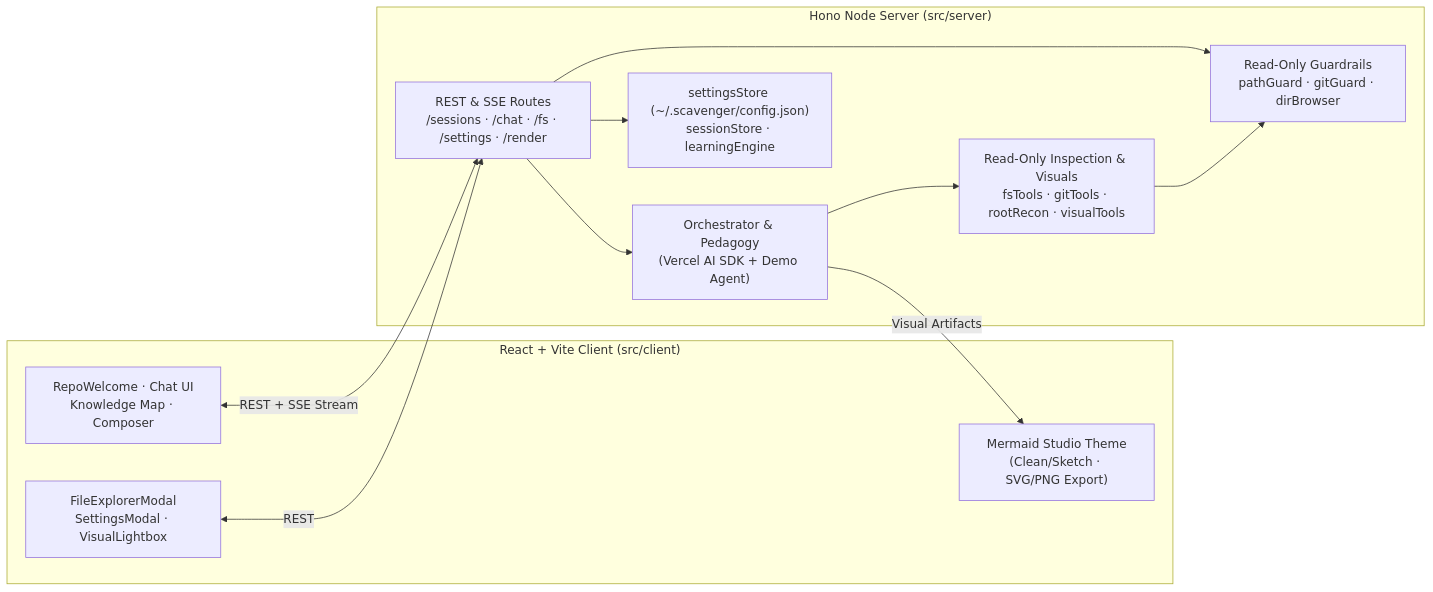
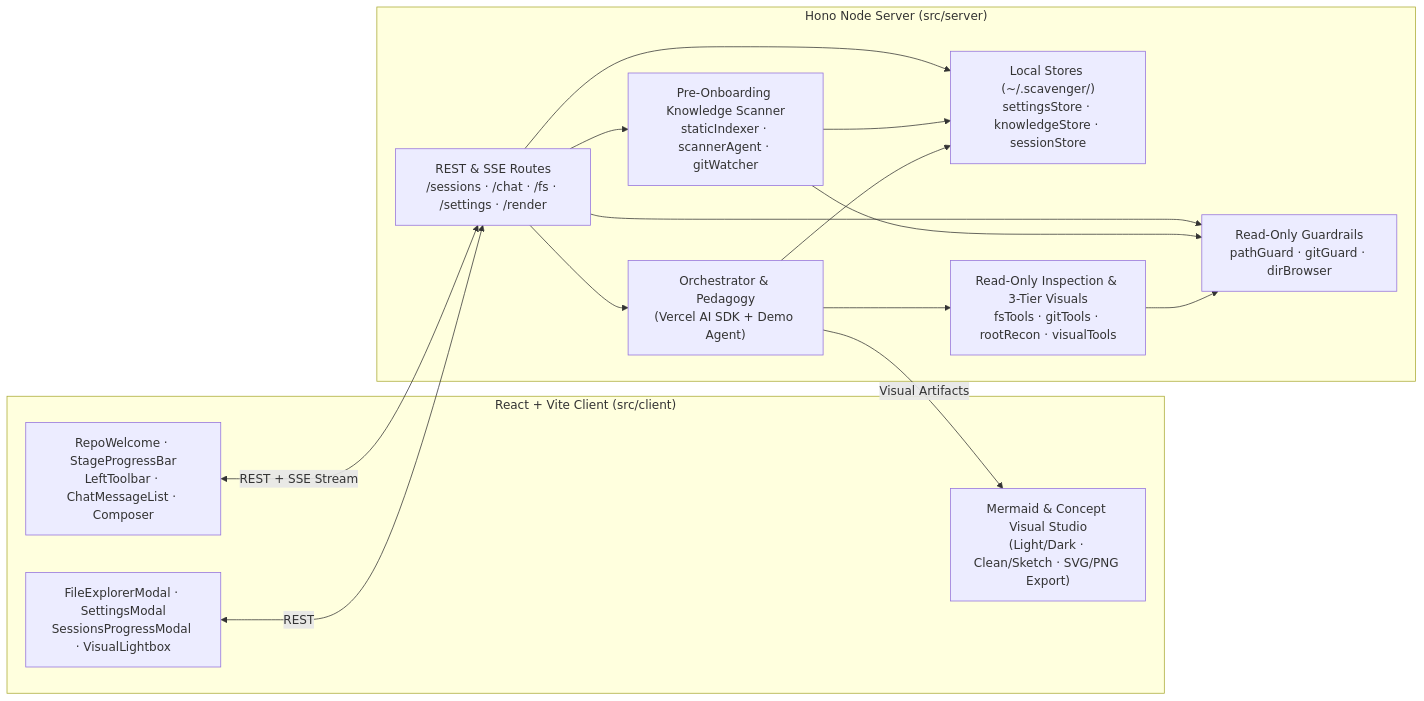
The diagram in README.md (marcopt74/scavenger), drawn with Mermaid before and after one commit. The commit also changed other lines of this file, not shown here.

Commit message:
docs: update README with left toolbar, session persistence, themes, and 3-tier visuals

````diff
--- a/README.md
+++ b/README.md
@@ -154,25 +166,30 @@
 ```mermaid
 flowchart LR
   subgraph Client["React + Vite Client (src/client)"]
-    UI["RepoWelcome · Chat UI\nKnowledge Map · Composer"]
-    Modals["FileExplorerModal\nSettingsModal · VisualLightbox"]
-    Mermaid["Mermaid Studio Theme\n(Clean/Sketch · SVG/PNG Export)"]
+    UI["RepoWelcome · StageProgressBar\nLeftToolbar · ChatMessageList · Composer"]
+    Modals["FileExplorerModal · SettingsModal\nSessionsProgressModal · VisualLightbox"]
+    Mermaid["Mermaid & Concept Visual Studio\n(Light/Dark · Clean/Sketch · SVG/PNG Export)"]
   end
 
   subgraph Server["Hono Node Server (src/server)"]
     Routes["REST & SSE Routes\n/sessions · /chat · /fs · /settings · /render"]
+    Scanner["Pre-Onboarding Knowledge Scanner\nstaticIndexer · scannerAgent · gitWatcher"]
     Orch["Orchestrator & Pedagogy\n(Vercel AI SDK + Demo Agent)"]
-    Store["settingsStore (~/.scavenger/config.json)\nsessionStore · learningEngine"]
+    Store["Local Stores (~/.scavenger/)\nsettingsStore · knowledgeStore · sessionStore"]
     Guards["Read-Only Guardrails\npathGuard · gitGuard · dirBrowser"]
-    Tools["Read-Only Inspection & Visuals\nfsTools · gitTools · rootRecon · visualTools"]
+    Tools["Read-Only Inspection & 3-Tier Visuals\nfsTools · gitTools · rootRecon · visualTools"]
   end
 
   UI <-->|"REST + SSE Stream"| Routes
   Modals <-->|"REST"| Routes
+  Routes --> Scanner
   Routes --> Orch
   Routes --> Store
   Routes --> Guards
+  Scanner --> Store
+  Scanner --> Guards
   Orch --> Tools
+  Orch --> Store
   Tools --> Guards
   Orch -->|"Visual Artifacts"| Mermaid
 ```
````
